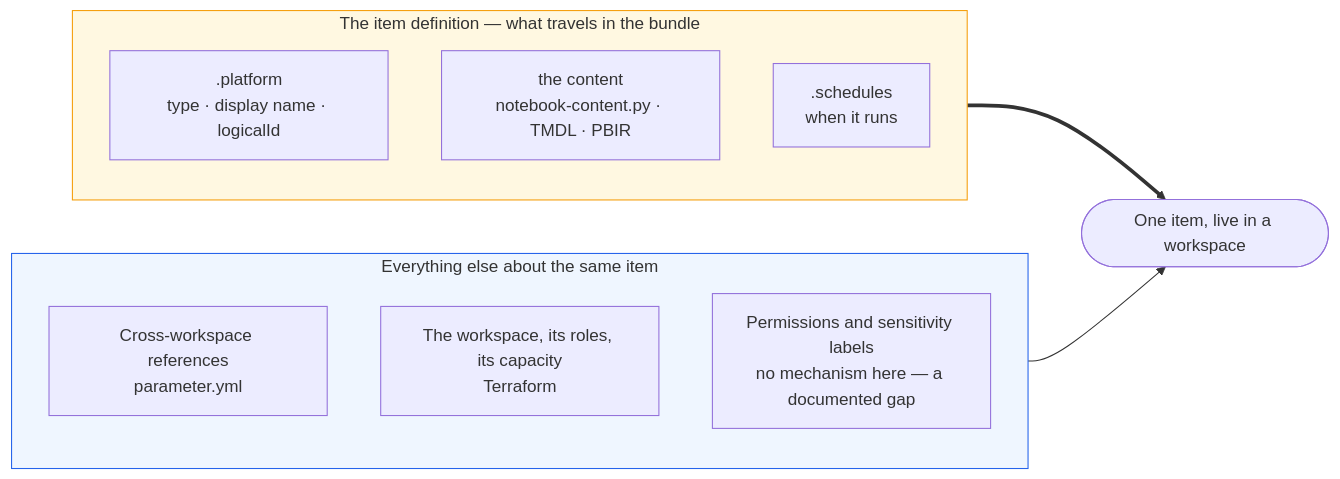
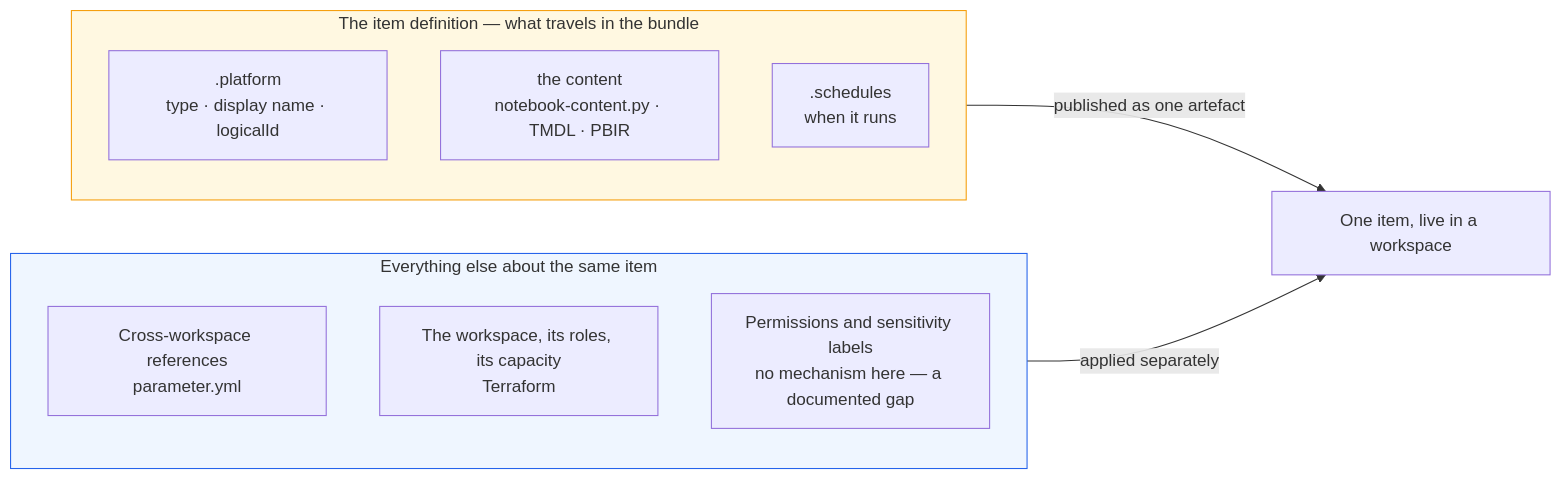
One commit to markadams31/fabric-dataops-blueprint changed the diagram in docs/tooling.md. Above: the diagram before and after it, drawn with Mermaid.

Commit message:
Keep the diagrams to constructs already proven to render here

````diff
--- a/docs/tooling.md
+++ b/docs/tooling.md
@@ -32,17 +32,17 @@
 ```mermaid
 flowchart LR
     subgraph DEF ["The item definition — what travels in the bundle"]
         P[".platform<br/>type · display name · logicalId"]
         C["the content<br/>notebook-content.py · TMDL · PBIR"]
         S[".schedules<br/>when it runs"]
     end
     subgraph ELSE ["Everything else about the same item"]
         R["Cross-workspace references<br/>parameter.yml"]
         W["The workspace, its roles, its capacity<br/>Terraform"]
         G["Permissions and sensitivity labels<br/>no mechanism here — a documented gap"]
     end
-    DEF ==> ITEM(["One item, live in a workspace"])
-    ELSE --> ITEM
+    DEF -->|"published as one artefact"| ITEM["One item, live in a workspace"]
+    ELSE -->|"applied separately"| ITEM
     style DEF fill:#fff8e1,stroke:#f59e0b
     style ELSE fill:#eff6ff,stroke:#2563eb
 ```
````
